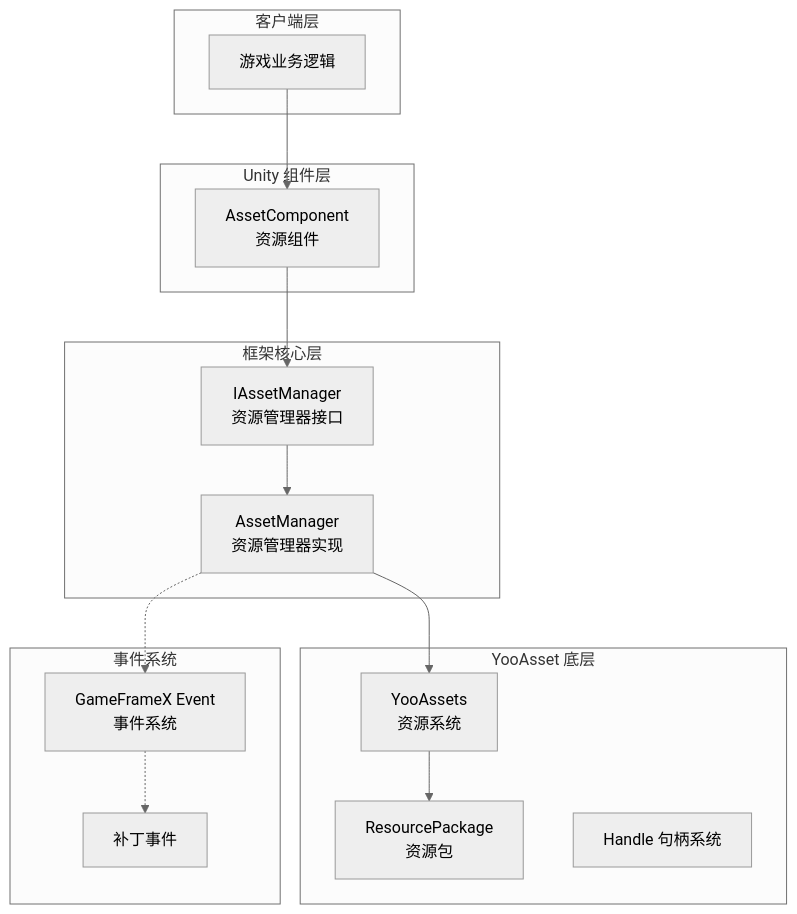
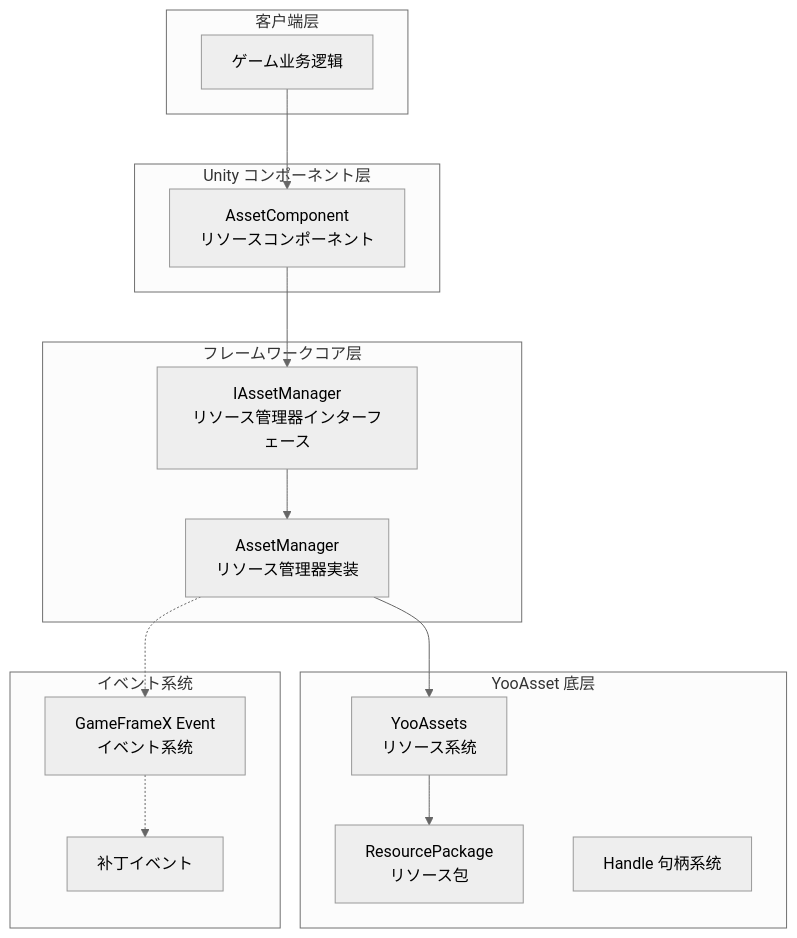
Before and after one commit to AlianBlank/GameFrameX.Docs: the first of 5 diagrams in docs/ja/client/unity/component/asset/08.architecture.md, drawn with Mermaid (neutral theme). The commit also changed other lines of this file and 603 other files, not shown here.

````diff
--- a/docs/ja/client/unity/component/asset/08.architecture.md
+++ b/docs/ja/client/unity/component/asset/08.architecture.md
@@ -18,34 +18,34 @@
 ```mermaid
 flowchart TB
     subgraph ClientLayer["客户端层"]
-        GameLogic["游戏业务逻辑"]
+        GameLogic["ゲーム业务逻辑"]
     end
 
-    subgraph UnityLayer["Unity 组件层"]
-        AssetComponent["AssetComponent<br/>资源组件"]
+    subgraph UnityLayer["Unity コンポーネント层"]
+        AssetComponent["AssetComponent<br/>リソースコンポーネント"]
     end
 
-    subgraph FrameworkLayer["框架核心层"]
-        IAssetManager["IAssetManager<br/>资源管理器接口"]
-        AssetManager["AssetManager<br/>资源管理器实现"]
+    subgraph FrameworkLayer["フレームワークコア层"]
+        IAssetManager["IAssetManager<br/>リソース管理器インターフェース"]
+        AssetManager["AssetManager<br/>リソース管理器実装"]
     end
 
     subgraph YooAssetLayer["YooAsset 底层"]
-        YooAssets["YooAssets<br/>资源系统"]
-        ResourcePackage["ResourcePackage<br/>资源包"]
+        YooAssets["YooAssets<br/>リソース系统"]
+        ResourcePackage["ResourcePackage<br/>リソース包"]
         HandleSystem["Handle 句柄系统"]
     end
 
-    subgraph EventLayer["事件系统"]
-        EventSystem["GameFrameX Event<br/>事件系统"]
-        PatchEvents["补丁事件"]
+    subgraph EventLayer["イベント系统"]
+        EventSystem["GameFrameX Event<br/>イベント系统"]
+        PatchEvents["补丁イベント"]
     end
 
     GameLogic --> AssetComponent
     AssetComponent --> IAssetManager
     IAssetManager --> AssetManager
     AssetManager --> YooAssets
     YooAssets --> ResourcePackage
     AssetManager -.-> EventSystem
     EventSystem -.-> PatchEvents
 ```
````
